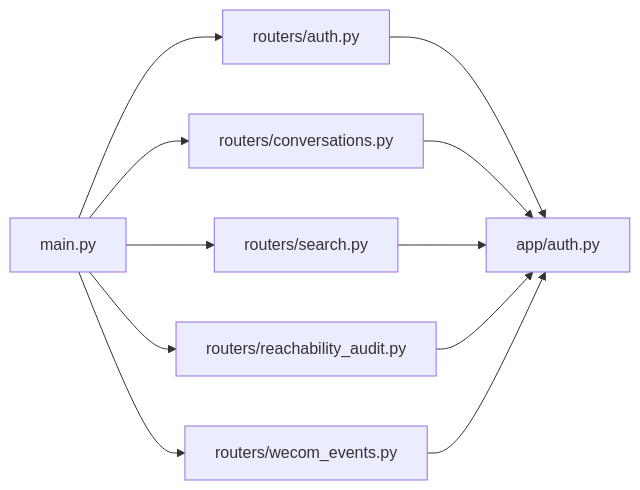
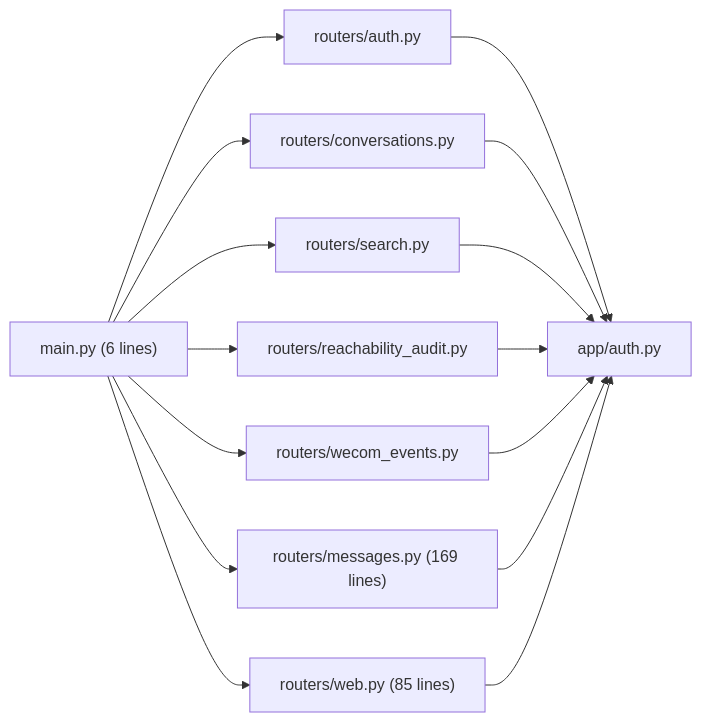
One commit to zuohaisu/wecom-archive changed diagram 12 of 12 in .qoder/repowiki/en/content/Architecture/Web Application Architecture/Server & Routing.md. Above: the diagram before and after it, drawn with Mermaid. The commit also changed other lines of this file and 148 other files, not shown here.

````diff
--- a/.qoder/repowiki/en/content/Architecture/Web Application Architecture/Server & Routing.md
+++ b/.qoder/repowiki/en/content/Architecture/Web Application Architecture/Server & Routing.md
@@ -283,13 +362,17 @@
 ```mermaid
 graph LR
-Main["main.py"] --> AuthRouter["routers/auth.py"]
+Main["main.py (6 lines)"] --> AuthRouter["routers/auth.py"]
 Main --> ConvRouter["routers/conversations.py"]
 Main --> SearchRouter["routers/search.py"]
 Main --> AuditRouter["routers/reachability_audit.py"]
 Main --> WecomRouter["routers/wecom_events.py"]
+Main --> MsgRouter["routers/messages.py (169 lines)"]
+Main --> WebRouter["routers/web.py (85 lines)"]
 AuthRouter --> AuthDep["app/auth.py"]
 ConvRouter --> AuthDep
 SearchRouter --> AuthDep
 AuditRouter --> AuthDep
 WecomRouter --> AuthDep
+MsgRouter --> AuthDep
+WebRouter --> AuthDep
 ```
````
